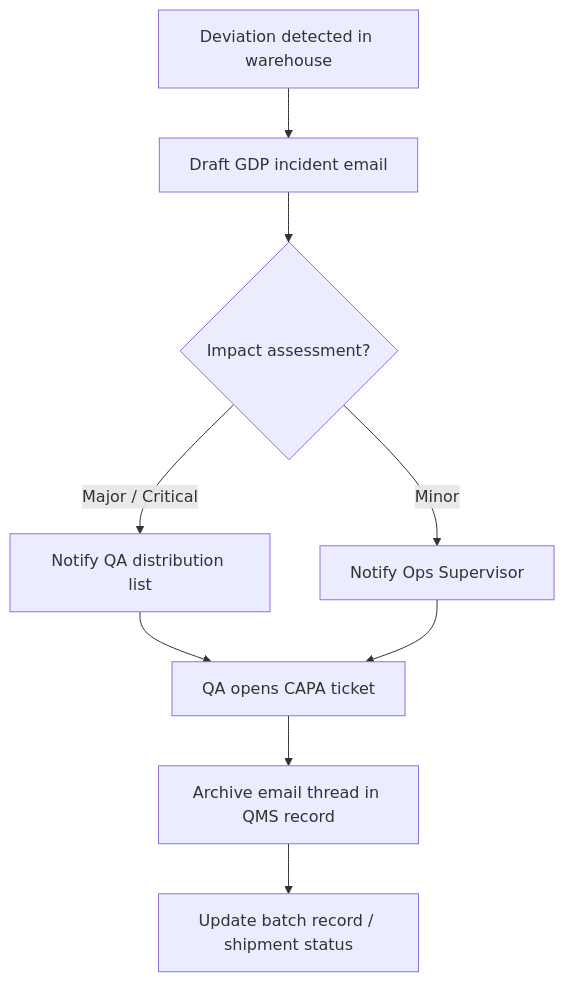
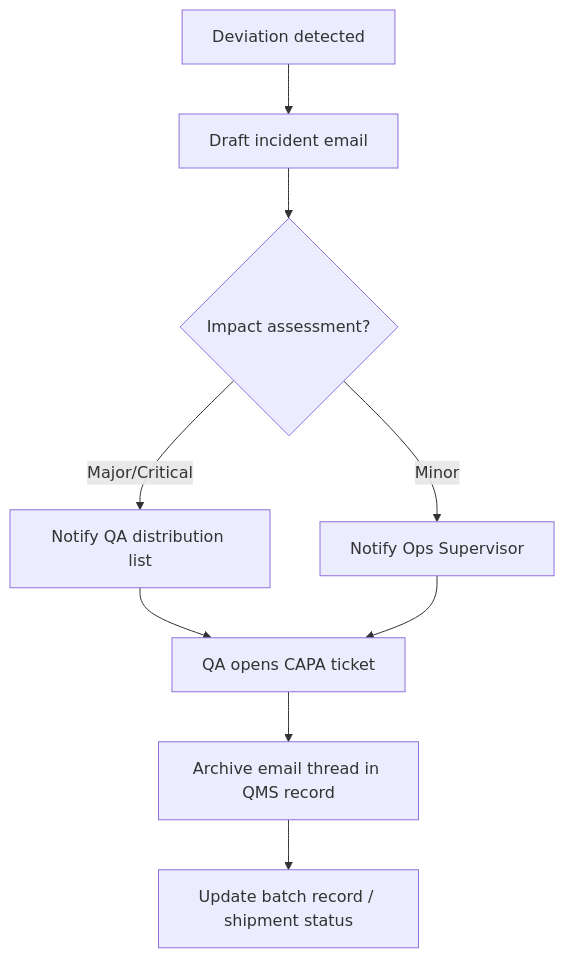
The diagram in 01-quality-systems/01-good-documentaiton-practices/01-sop-gdp-core.md (gxpblueprint/gxp-standards), drawn with Mermaid before and after one commit. The commit also changed other lines of this file, not shown here.

Commit message:
content: replace GDP SOP with comprehensive paper-record guidance

````diff
--- a/01-quality-systems/01-good-documentaiton-practices/01-sop-gdp-core.md
+++ b/01-quality-systems/01-good-documentaiton-practices/01-sop-gdp-core.md
@@ -75,11 +94,11 @@
 ```mermaid
 flowchart TD
-    A[Deviation detected in warehouse] --> B[Draft GDP incident email]
+    A[Deviation detected] --> B[Draft incident email]
     B --> C{Impact assessment?}
-    C -->|Major / Critical| D[Notify QA distribution list]
+    C -->|Major/Critical| D[Notify QA distribution list]
     C -->|Minor| E[Notify Ops Supervisor]
     D --> F[QA opens CAPA ticket]
     E --> F
     F --> G[Archive email thread in QMS record]
     G --> H[Update batch record / shipment status]
 ```
````
